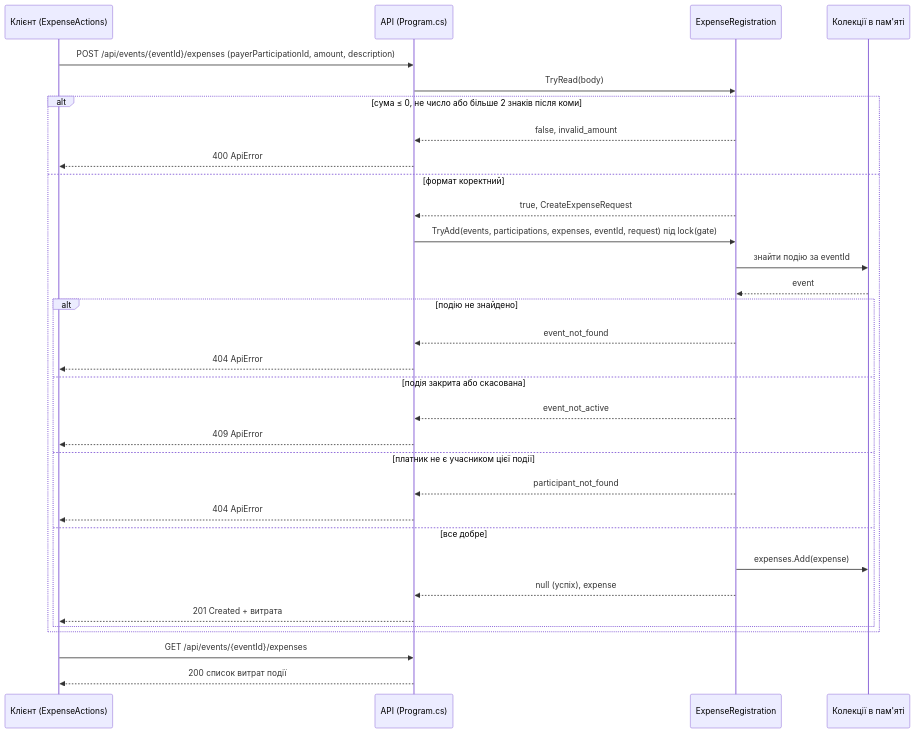
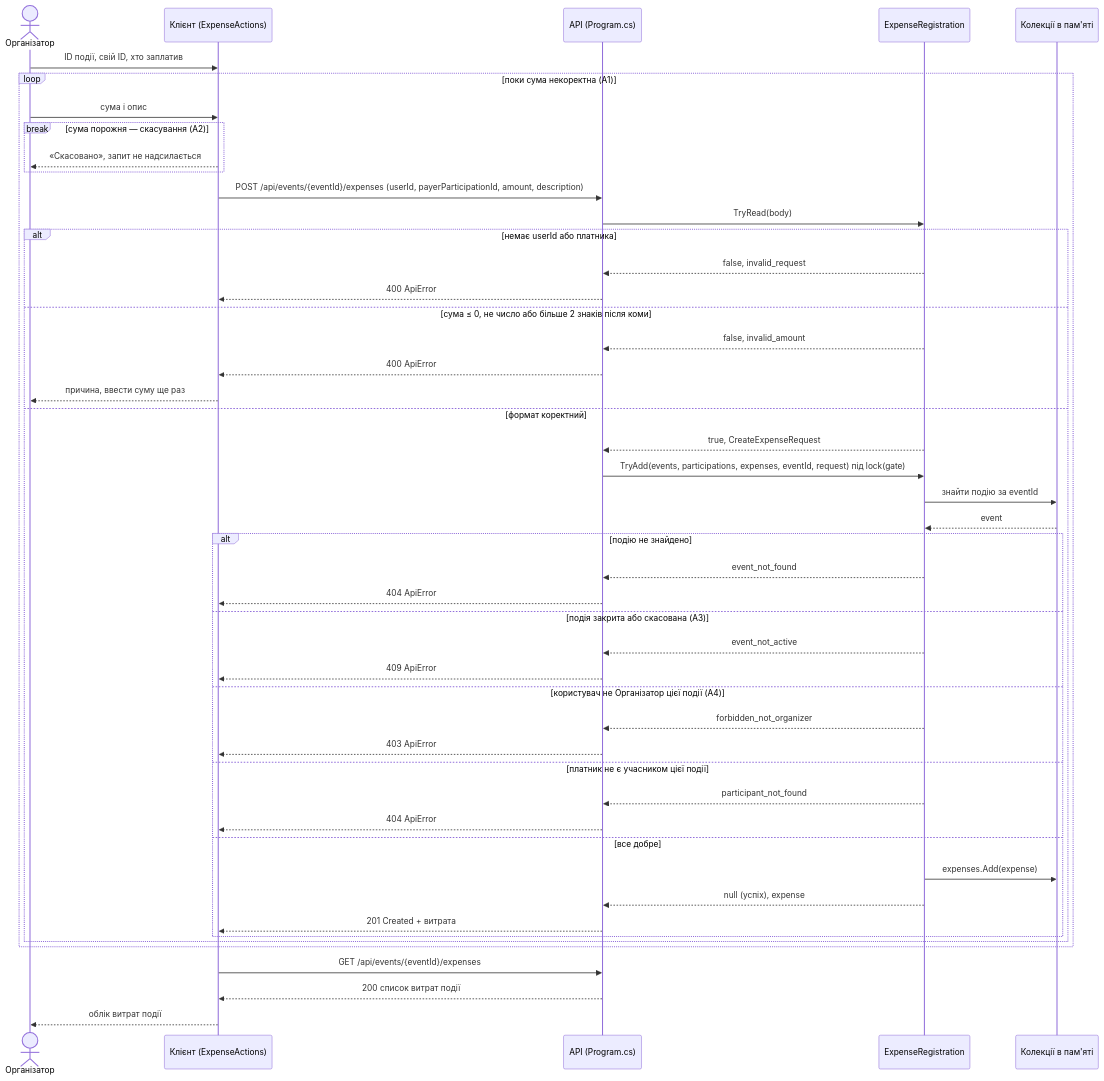
Before and after one commit to Fidloc/Group1_TR_43: the diagram in docs/models/sequences/UC-05-khalamyndyk.md, drawn with Mermaid. The commit also changed other lines of this file and 12 other files, not shown here.

Commit message:
UC-05: витрату вносить лише Організатор події (FR-09)

````diff
--- a/docs/models/sequences/UC-05-khalamyndyk.md
+++ b/docs/models/sequences/UC-05-khalamyndyk.md
@@ -7,35 +7,51 @@
 ```mermaid
 sequenceDiagram
+    actor O as Організатор
     participant C as Клієнт (ExpenseActions)
     participant A as API (Program.cs)
     participant R as ExpenseRegistration
     participant M as Колекції в пам'яті
 
-    C->>A: POST /api/events/{eventId}/expenses (payerParticipationId, amount, description)
-    A->>R: TryRead(body)
-    alt сума ≤ 0, не число або більше 2 знаків після коми
-        R-->>A: false, invalid_amount
-        A-->>C: 400 ApiError
-    else формат коректний
-        R-->>A: true, CreateExpenseRequest
-        A->>R: TryAdd(events, participations, expenses, eventId, request) під lock(gate)
-        R->>M: знайти подію за eventId
-        M-->>R: event
-        alt подію не знайдено
-            R-->>A: event_not_found
-            A-->>C: 404 ApiError
-        else подія закрита або скасована
-            R-->>A: event_not_active
-            A-->>C: 409 ApiError
-        else платник не є учасником цієї події
-            R-->>A: participant_not_found
-            A-->>C: 404 ApiError
-        else все добре
-            R->>M: expenses.Add(expense)
-            R-->>A: null (успіх), expense
-            A-->>C: 201 Created + витрата
+    O->>C: ID події, свій ID, хто заплатив
+    loop поки сума некоректна (A1)
+        O->>C: сума і опис
+        break сума порожня — скасування (A2)
+            C-->>O: «Скасовано», запит не надсилається
+        end
+        C->>A: POST /api/events/{eventId}/expenses (userId, payerParticipationId, amount, description)
+        A->>R: TryRead(body)
+        alt немає userId або платника
+            R-->>A: false, invalid_request
+            A-->>C: 400 ApiError
+        else сума ≤ 0, не число або більше 2 знаків після коми
+            R-->>A: false, invalid_amount
+            A-->>C: 400 ApiError
+            C-->>O: причина, ввести суму ще раз
+        else формат коректний
+            R-->>A: true, CreateExpenseRequest
+            A->>R: TryAdd(events, participations, expenses, eventId, request) під lock(gate)
+            R->>M: знайти подію за eventId
+            M-->>R: event
+            alt подію не знайдено
+                R-->>A: event_not_found
+                A-->>C: 404 ApiError
+            else подія закрита або скасована (A3)
+                R-->>A: event_not_active
+                A-->>C: 409 ApiError
+            else користувач не Організатор цієї події (A4)
+                R-->>A: forbidden_not_organizer
+                A-->>C: 403 ApiError
+            else платник не є учасником цієї події
+                R-->>A: participant_not_found
+                A-->>C: 404 ApiError
+            else все добре
+                R->>M: expenses.Add(expense)
+                R-->>A: null (успіх), expense
+                A-->>C: 201 Created + витрата
+            end
         end
     end
     C->>A: GET /api/events/{eventId}/expenses
     A-->>C: 200 список витрат події
+    C-->>O: облік витрат події
 ```
````
